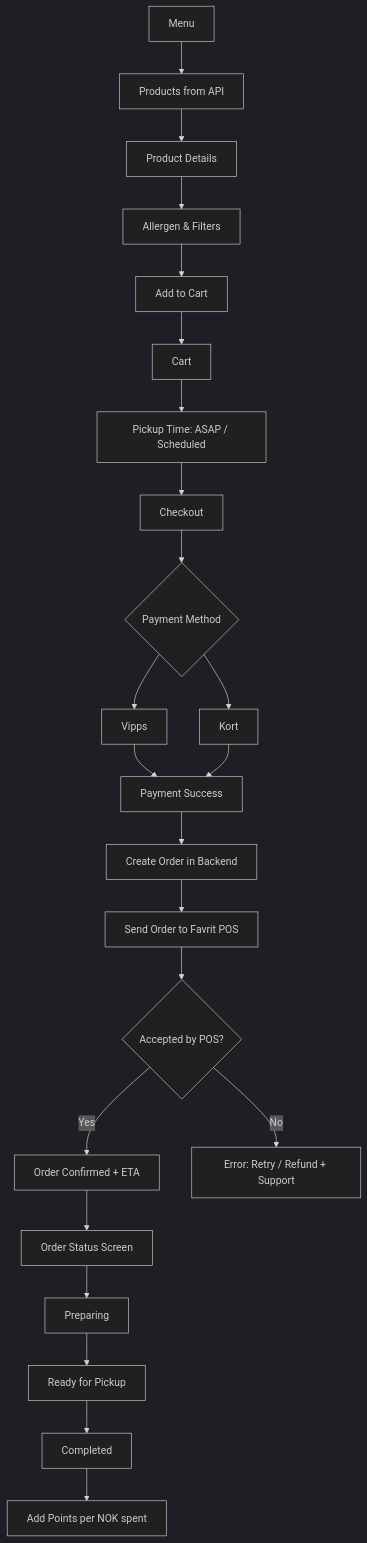
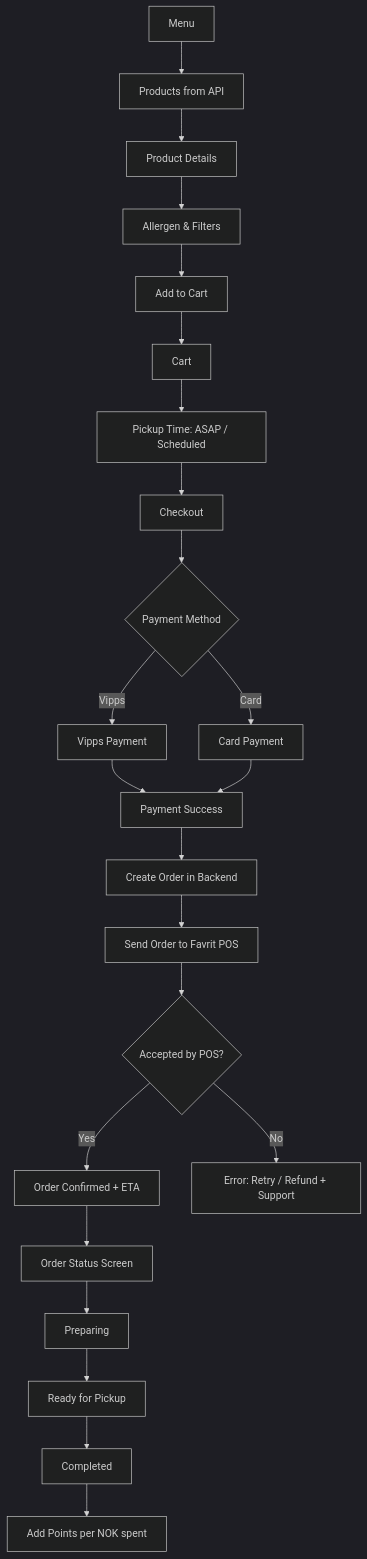
One commit to haroonjamil/smashing changed the second of 8 diagrams in readme.md. Above: the diagram before and after it, drawn with Mermaid (dark theme). The commit also changed other lines of this file, not shown here.

````diff
--- a/readme.md
+++ b/readme.md
@@ -40,28 +40,28 @@
 ```mermaid
 flowchart TD
   A[Menu] --> B[Products from API]
   B --> C[Product Details]
   C --> D[Allergen & Filters]
   D --> E[Add to Cart]
   E --> F[Cart]
   F --> G[Pickup Time: ASAP / Scheduled]
   G --> H[Checkout]
   H --> I{Payment Method}
-  I --> V[Vipps]
-  I --> K[Kort]
+  I -- Vipps --> V[Vipps Payment]
+  I -- Card --> K[Card Payment]
   V --> P[Payment Success]
-  K --> P[Payment Success]
+  K --> P
 
   P --> Q[Create Order in Backend]
   Q --> R[Send Order to Favrit POS]
   R --> S{Accepted by POS?}
   S -- Yes --> T[Order Confirmed + ETA]
   S -- No --> U[Error: Retry / Refund + Support]
 
   T --> O[Order Status Screen]
   O --> O1[Preparing]
   O1 --> O2[Ready for Pickup]
   O2 --> O3[Completed]
 
   O3 --> M[Add Points per NOK spent]
 ```
````
